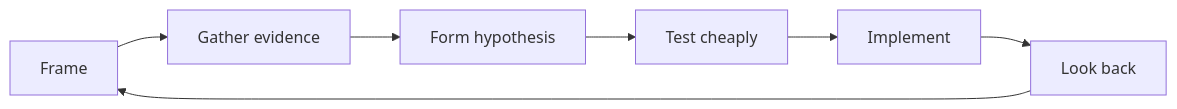
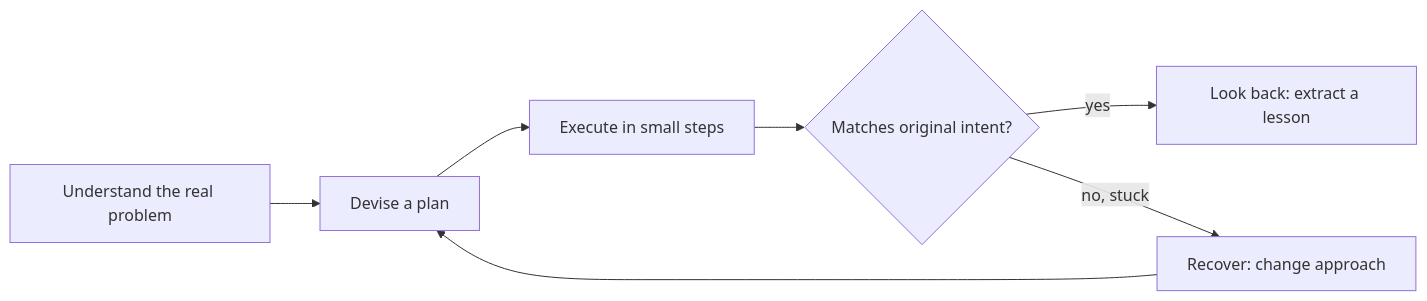
The second of 2 diagrams in craftsmanship/engineering-thinking/02-problem-solving/README.md (flynn3103/engineer-knowledge), drawn with Mermaid before and after one commit. The commit also changed other lines of this file and 41 other files, not shown here.

````diff
--- a/craftsmanship/engineering-thinking/02-problem-solving/README.md
+++ b/craftsmanship/engineering-thinking/02-problem-solving/README.md
@@ -12,9 +12,9 @@
 ```mermaid
 flowchart LR
-    Frame[Frame] --> Evidence[Gather evidence]
-    Evidence --> Hypothesis[Form hypothesis]
-    Hypothesis --> Test[Test cheaply]
-    Test --> Act[Implement]
-    Act --> Reflect[Look back]
-    Reflect --> Frame
+    Understand[Understand the real problem] --> Plan[Devise a plan]
+    Plan --> Execute[Execute in small steps]
+    Execute --> Verify{Matches original intent?}
+    Verify -->|yes| Reflect[Look back: extract a lesson]
+    Verify -->|no, stuck| Recover[Recover: change approach]
+    Recover --> Plan
 ```
````
